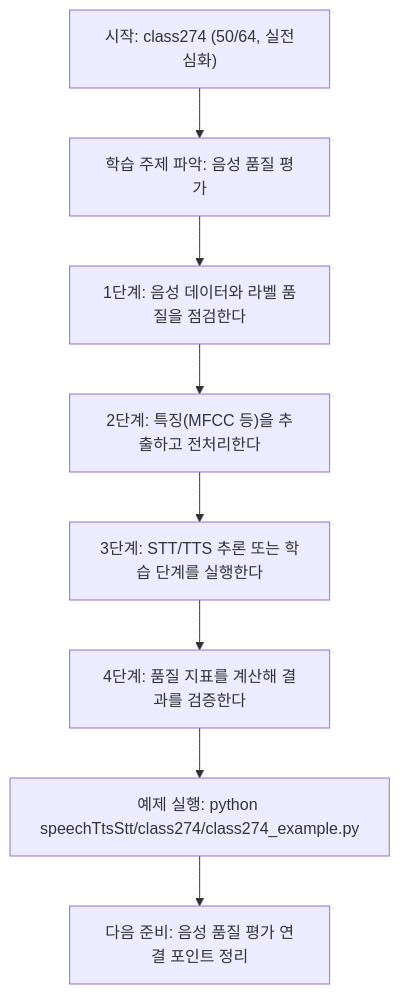
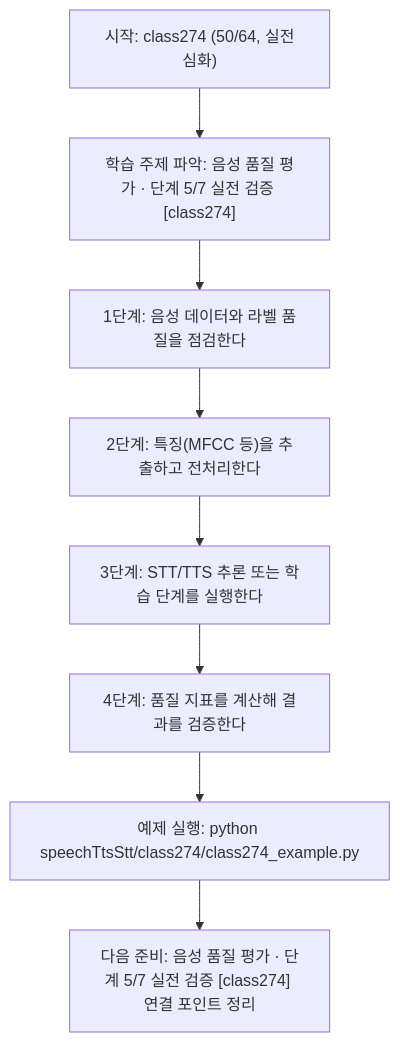
The diagram in speechTtsStt/class274/class274.md (edumgt/Python-AI_Agent-Class), drawn with Mermaid before and after one commit. The commit also changed other lines of this file and 522 other files, not shown here.

````diff
--- a/speechTtsStt/class274/class274.md
+++ b/speechTtsStt/class274/class274.md
@@ -113,18 +114,18 @@
 ```mermaid
 flowchart TD
 N1["시작: class274 (50/64, 실전심화)"]
-N2["학습 주제 파악: 음성 품질 평가"]
+N2["학습 주제 파악: 음성 품질 평가 · 단계 5/7 실전 검증 [class274]"]
 N3["1단계: 음성 데이터와 라벨 품질을 점검한다"]
 N4["2단계: 특징(MFCC 등)을 추출하고 전처리한다"]
 N5["3단계: STT/TTS 추론 또는 학습 단계를 실행한다"]
 N6["4단계: 품질 지표를 계산해 결과를 검증한다"]
 N7["예제 실행: python speechTtsStt/class274/class274_example.py"]
-N8["다음 준비: 음성 품질 평가 연결 포인트 정리"]
+N8["다음 준비: 음성 품질 평가 · 단계 5/7 실전 검증 [class274] 연결 포인트 정리"]
 N1 --> N2
 N2 --> N3
 N3 --> N4
 N4 --> N5
 N5 --> N6
 N6 --> N7
 N7 --> N8
 ```
````
